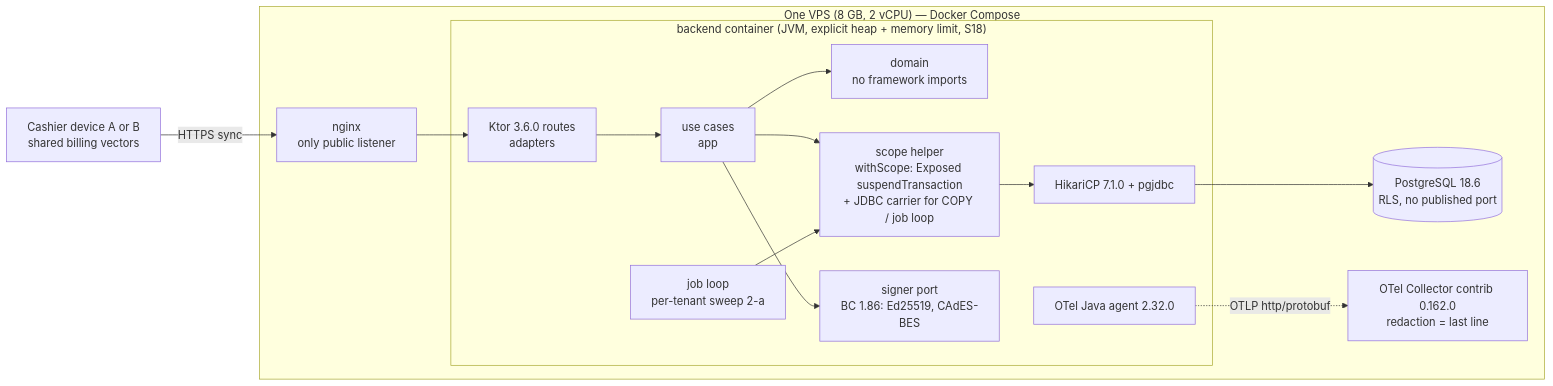
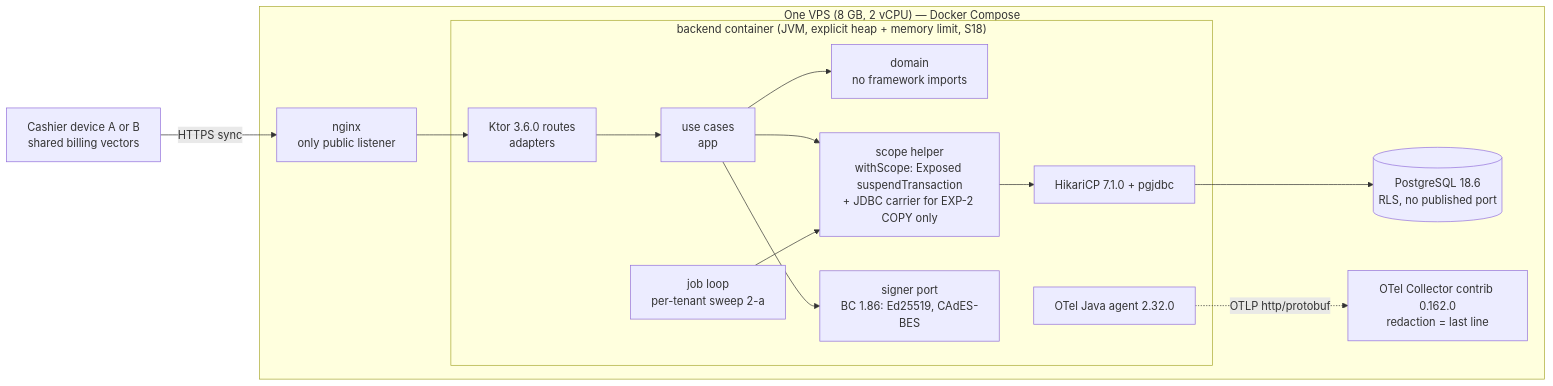
The diagram in docs/architecture/adr-0006-backend-track.md (Kodelix/kodeebo), drawn with Mermaid before and after one commit. The commit also changed other lines of this file and 3 other files, not shown here.

````diff
--- a/docs/architecture/adr-0006-backend-track.md
+++ b/docs/architecture/adr-0006-backend-track.md
@@ -159,23 +165,23 @@
 ```mermaid
 flowchart LR
   subgraph VPS["One VPS (8 GB, 2 vCPU) — Docker Compose"]
     NG[nginx<br/>only public listener]
     subgraph BE["backend container (JVM, explicit heap + memory limit, S18)"]
       AG[OTel Java agent 2.32.0]
       KT[Ktor 3.6.0 routes<br/>adapters]
       UC[use cases<br/>app]
       DM[domain<br/>no framework imports]
-      SH[scope helper<br/>withScope: Exposed suspendTransaction<br/>+ JDBC carrier for COPY / job loop]
+      SH[scope helper<br/>withScope: Exposed suspendTransaction<br/>+ JDBC carrier for EXP-2 COPY only]
       JB[job loop<br/>per-tenant sweep 2-a]
       SG[signer port<br/>BC 1.86: Ed25519, CAdES-BES]
       HP[HikariCP 7.1.0 + pgjdbc]
     end
     PG[(PostgreSQL 18.6<br/>RLS, no published port)]
     OC[OTel Collector contrib 0.162.0<br/>redaction = last line]
   end
   DEV[Cashier device A or B<br/>shared billing vectors] -->|HTTPS sync| NG --> KT --> UC --> DM
   UC --> SH --> HP --> PG
   JB --> SH
   UC --> SG
   AG -.OTLP http/protobuf.-> OC
 ```
````
